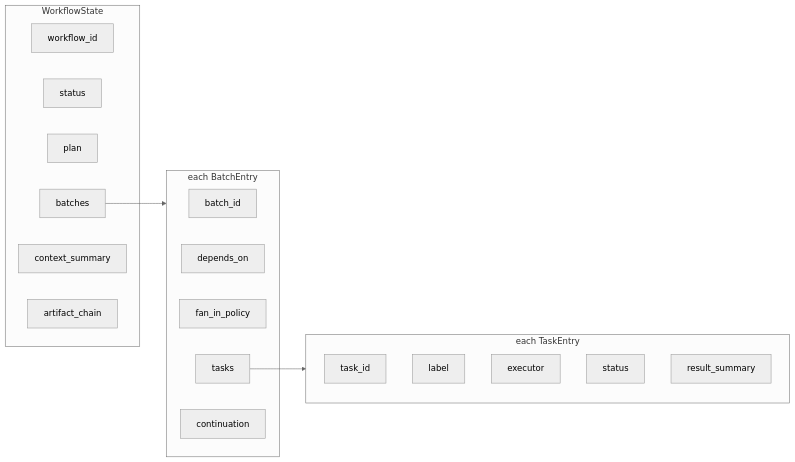
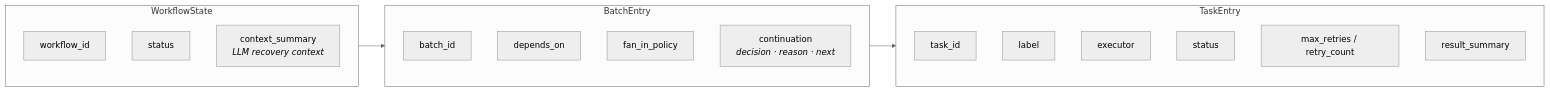
The third of 4 diagrams in README.md (lanyasheng/openclaw-company-orchestration-proposal), drawn with Mermaid (neutral theme) before and after one commit. The commit also changed other lines of this file and 9 other files, not shown here.

````diff
--- a/README.md
+++ b/README.md
@@ -123,27 +142,26 @@
 ```mermaid
 graph LR
-  subgraph Root["WorkflowState"]
-    WID[workflow_id]
-    ST[status]
-    PLN[plan]
-    BAT[batches]
-    SUM[context_summary]
-    ART[artifact_chain]
+  subgraph WS["WorkflowState"]
+    WID["workflow_id"]
+    ST["status"]
+    CTX["context_summary<br/><i>LLM recovery context</i>"]
   end
-  subgraph Batch["each BatchEntry"]
-    BID[batch_id]
-    DEP[depends_on]
-    FAN[fan_in_policy]
-    TSK[tasks]
-    CON[continuation]
+
+  subgraph B["BatchEntry"]
+    BID["batch_id"]
+    DEP["depends_on"]
+    FAN["fan_in_policy"]
+    CON["continuation<br/><i>decision · reason · next</i>"]
   end
-  subgraph Task["each TaskEntry"]
-    TID[task_id]
-    LBL[label]
-    EXE[executor]
-    TST[status]
-    RS[result_summary]
+
+  subgraph T["TaskEntry"]
+    TID["task_id"]
+    LBL["label"]
+    EXE["executor"]
+    TST["status"]
+    RET["max_retries / retry_count"]
+    RS["result_summary"]
   end
-  BAT --> Batch
-  TSK --> Task
+
+  WS --> B --> T
 ```
````
